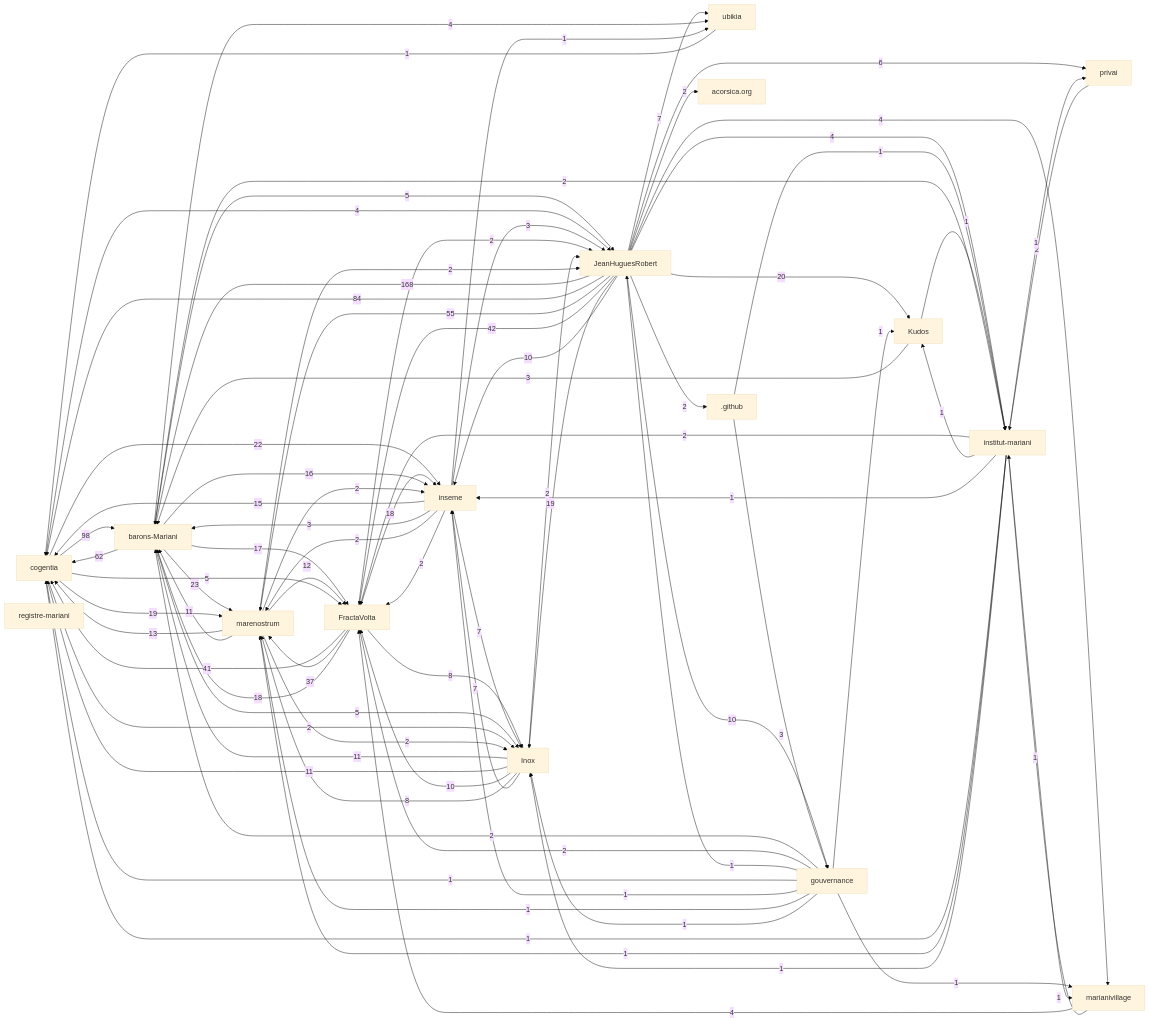
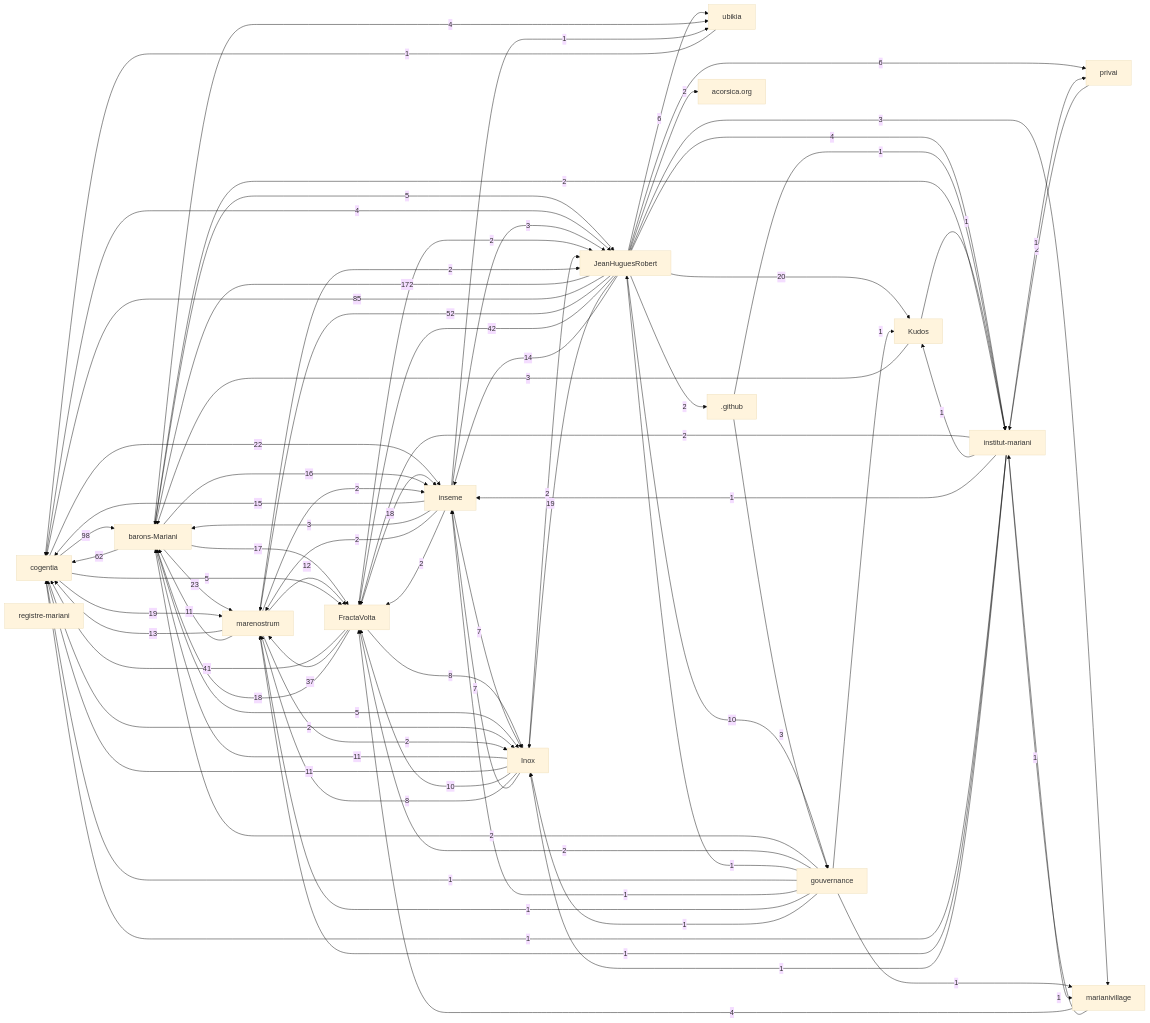
One commit to virteal/inseme changed the first of 2 diagrams in research/corpus-status.md. Above: the diagram before and after it, drawn with Mermaid (base theme). The commit also changed other lines of this file and 10 other files, not shown here.

```diff
--- a/research/corpus-status.md
+++ b/research/corpus-status.md
@@ -64,11 +64,11 @@
   r_kudos["Kudos"]
   r_github[".github"]
   r_acorsica_org["acorsica.org"]
-  r_jeanhuguesrobert -->|168| r_barons_mariani
+  r_jeanhuguesrobert -->|172| r_barons_mariani
   r_cogentia -->|98| r_barons_mariani
-  r_jeanhuguesrobert -->|84| r_cogentia
+  r_jeanhuguesrobert -->|85| r_cogentia
   r_barons_mariani -->|62| r_cogentia
-  r_jeanhuguesrobert -->|55| r_marenostrum
+  r_jeanhuguesrobert -->|52| r_marenostrum
   r_jeanhuguesrobert -->|42| r_fractavolta
   r_fractavolta -->|41| r_cogentia
   r_fractavolta -->|37| r_marenostrum
@@ -82,31 +82,31 @@
   r_barons_mariani -->|17| r_fractavolta
   r_barons_mariani -->|16| r_inseme
   r_inseme -->|15| r_cogentia
+  r_jeanhuguesrobert -->|14| r_inseme
   r_marenostrum -->|13| r_cogentia
   r_marenostrum -->|12| r_fractavolta
   r_inox -->|11| r_barons_mariani
   r_inox -->|11| r_cogentia
   r_marenostrum -->|11| r_barons_mariani
   r_inox -->|10| r_fractavolta
-  r_jeanhuguesrobert -->|10| r_inseme
   r_jeanhuguesrobert -->|10| r_gouvernance
   r_fractavolta -->|8| r_inox
   r_inox -->|8| r_marenostrum
   r_inox -->|7| r_inseme
   r_inseme -->|7| r_inox
-  r_jeanhuguesrobert -->|7| r_ubikia
   r_jeanhuguesrobert -->|6| r_privai
+  r_jeanhuguesrobert -->|6| r_ubikia
   r_barons_mariani -->|5| r_inox
   r_barons_mariani -->|5| r_jeanhuguesrobert
   r_cogentia -->|5| r_fractavolta
   r_barons_mariani -->|4| r_ubikia
   r_cogentia -->|4| r_jeanhuguesrobert
   r_jeanhuguesrobert -->|4| r_institut_mariani
-  r_jeanhuguesrobert -->|4| r_marianivillage
   r_marianivillage -->|4| r_fractavolta
   r_github -->|3| r_gouvernance
   r_inseme -->|3| r_barons_mariani
   r_inseme -->|3| r_jeanhuguesrobert
+  r_jeanhuguesrobert -->|3| r_marianivillage
   r_kudos -->|3| r_barons_mariani
   r_cogentia -->|2| r_inox
   r_fractavolta -->|2| r_jeanhuguesrobert
```
